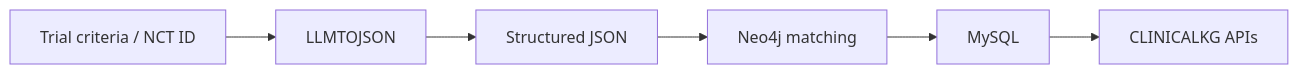
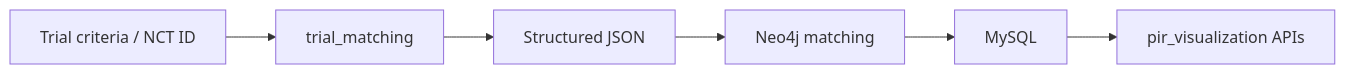
One commit to rajhekma/graph_trial_match changed the first of 2 diagrams in TRIAL_MATCH_DOCUMENTATION.md. Above: the diagram before and after it, drawn with Mermaid. The commit also changed other lines of this file and 13 other files, not shown here.

Commit message:
Rename modules: LLMTOJSON -> trial_matching, CLINICALKG -> pir_visualization

````diff
--- a/TRIAL_MATCH_DOCUMENTATION.md
+++ b/TRIAL_MATCH_DOCUMENTATION.md
@@ -21,8 +21,8 @@
 ```mermaid
 flowchart LR
-    A[Trial criteria / NCT ID] --> B[LLMTOJSON]
+    A[Trial criteria / NCT ID] --> B[trial_matching]
     B --> C[Structured JSON]
     C --> D[Neo4j matching]
     D --> E[MySQL]
-    E --> F[CLINICALKG APIs]
+    E --> F[pir_visualization APIs]
 ```
````
